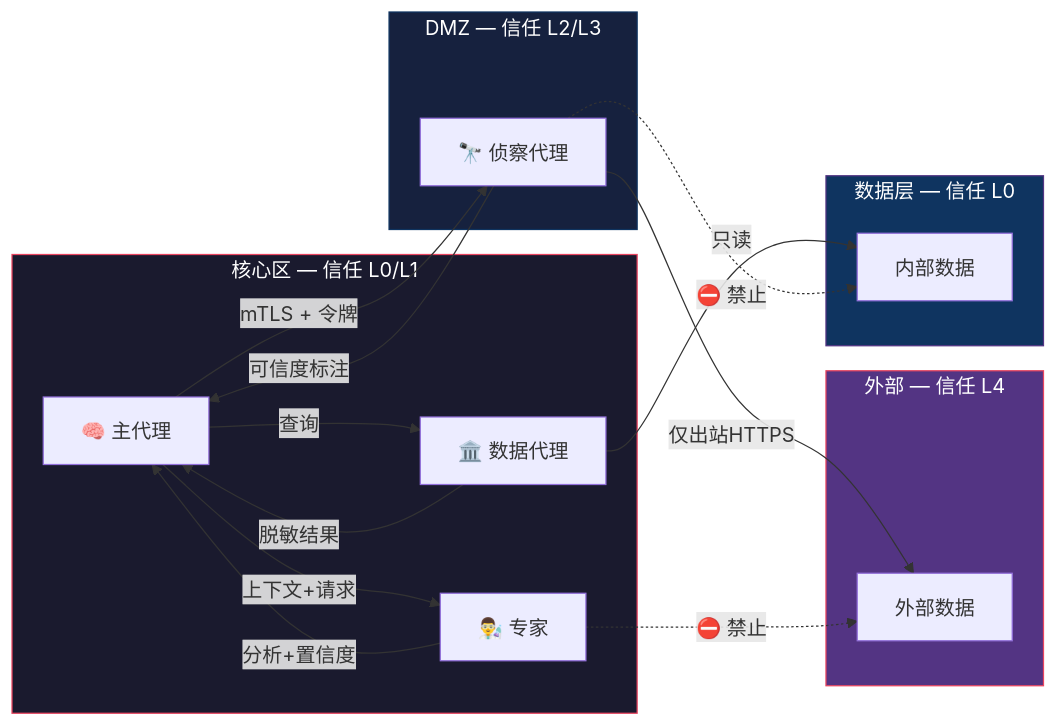
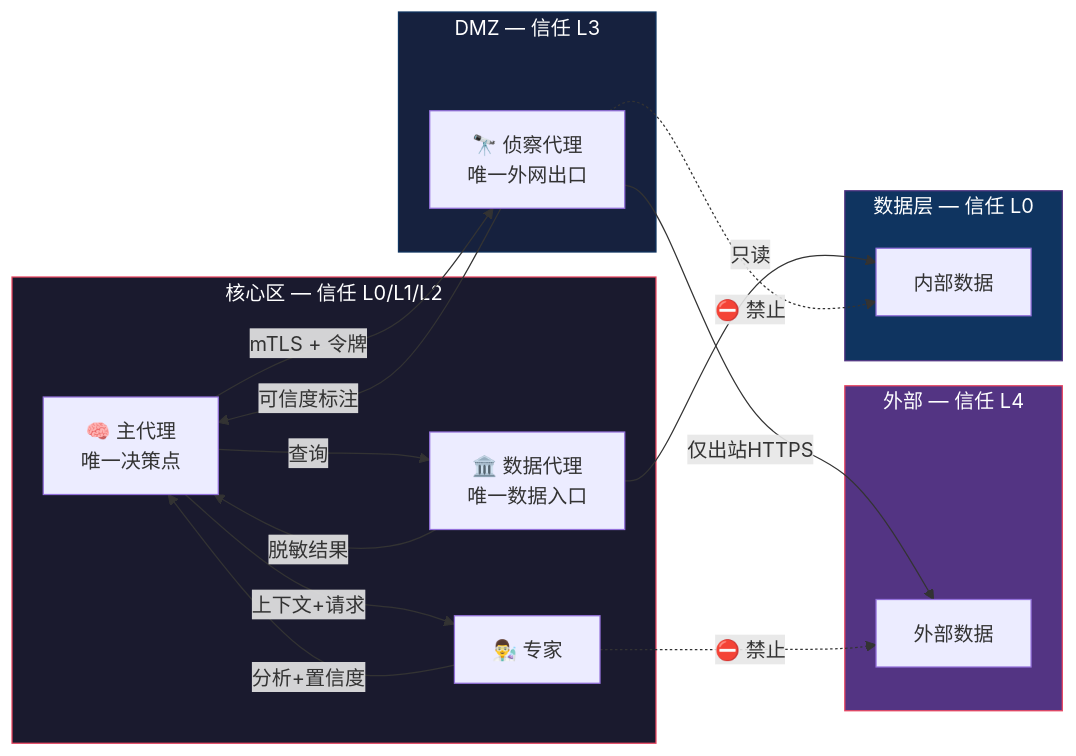
One commit to forestlei/hermes-agent changed the second of 11 diagrams in docs/distributed-multi-agent-architecture.md. Above: the diagram before and after it, drawn with Mermaid. The commit also changed other lines of this file and 1 other file, not shown here.

````diff
--- a/docs/distributed-multi-agent-architecture.md
+++ b/docs/distributed-multi-agent-architecture.md
@@ -710,36 +666,36 @@
 ```mermaid
 graph LR
-    subgraph CORE["核心区 — 信任 L0/L1"]
-        BRAIN["🧠 主代理"]
-        VAULT["🏛️ 数据代理"]
+    subgraph CORE["核心区 — 信任 L0/L1/L2"]
+        BRAIN["🧠 主代理<br/>唯一决策点"]
+        VAULT["🏛️ 数据代理<br/>唯一数据入口"]
         EXPERT["👨‍🔬 专家"]
     end
 
-    subgraph DMZ["DMZ — 信任 L2/L3"]
-        SCOUT["🔭 侦察代理"]
+    subgraph DMZ["DMZ — 信任 L3"]
+        SCOUT["🔭 侦察代理<br/>唯一外网出口"]
     end
 
     subgraph EXT["外部 — 信任 L4"]
         EXT_DATA["外部数据"]
     end
 
     subgraph DATA["数据层 — 信任 L0"]
         INTERNAL["内部数据"]
     end
 
     BRAIN -->|"mTLS + 令牌"| SCOUT
     SCOUT -->|"可信度标注"| BRAIN
     BRAIN -->|"查询"| VAULT
     VAULT -->|"脱敏结果"| BRAIN
     BRAIN -->|"上下文+请求"| EXPERT
     EXPERT -->|"分析+置信度"| BRAIN
     SCOUT -->|"仅出站HTTPS"| EXT_DATA
     VAULT -->|"只读"| INTERNAL
     SCOUT -.->|"⛔ 禁止"| INTERNAL
     EXPERT -.->|"⛔ 禁止"| EXT_DATA
 
     style CORE fill:#1a1a2e,stroke:#e94560,color:#fff
     style DMZ fill:#16213e,stroke:#0f3460,color:#fff
     style DATA fill:#0f3460,stroke:#533483,color:#fff
     style EXT fill:#533483,stroke:#e94560,color:#fff
 ```
````
